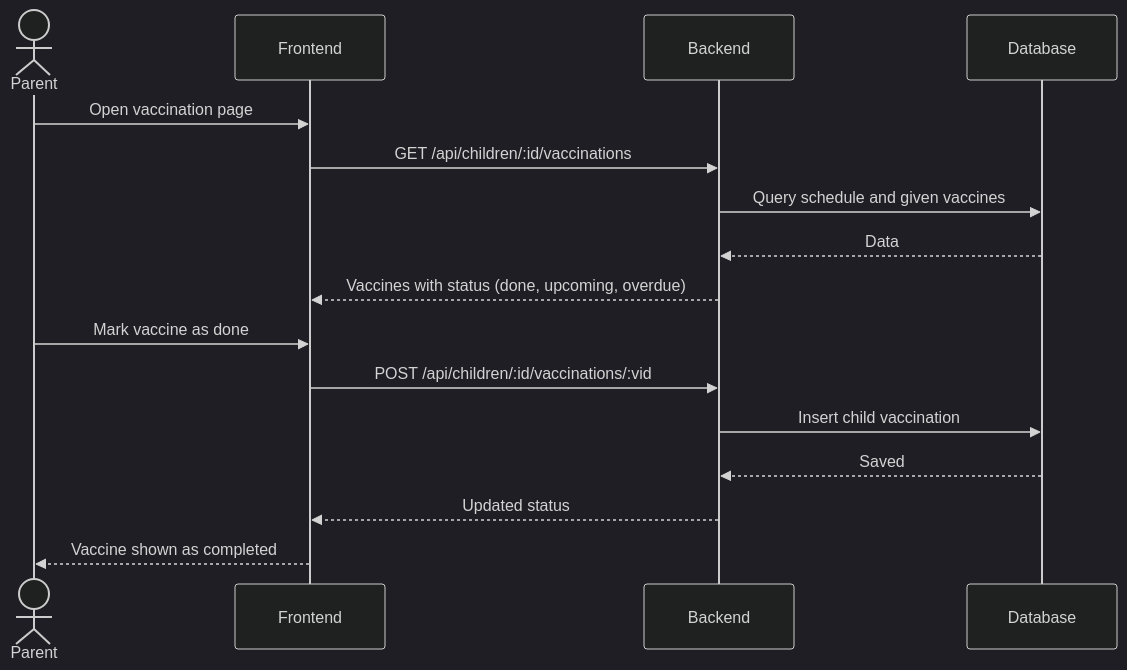
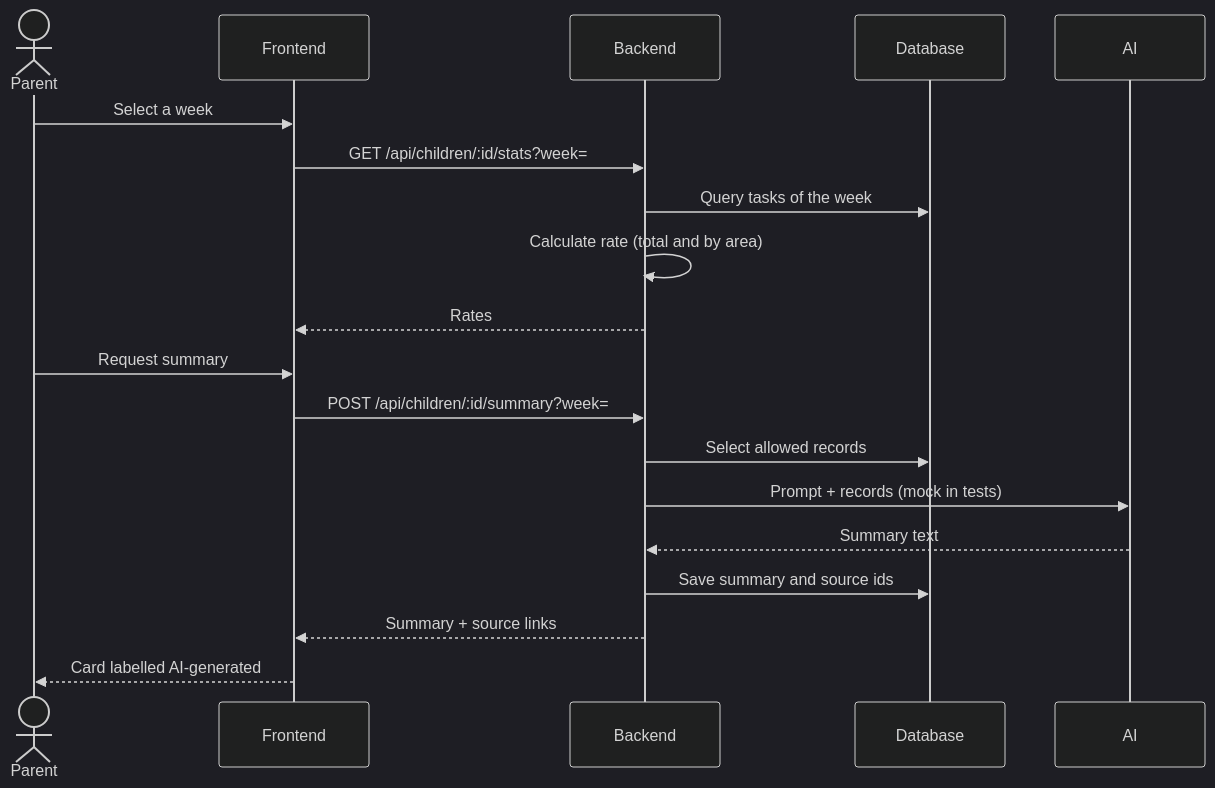
Before and after one commit to Alsoren/child-development-platform: the sixth of 6 diagrams in docs/SDD.md, drawn with Mermaid (dark theme). The commit also changed other lines of this file, not shown here.

````diff
--- a/docs/SDD.md
+++ b/docs/SDD.md
@@ -246,15 +294,17 @@
 ```mermaid
 sequenceDiagram
     actor Parent
-    Parent->>Frontend: Open vaccination page
-    Frontend->>Backend: GET /api/children/:id/vaccinations
-    Backend->>Database: Query schedule and given vaccines
-    Database-->>Backend: Data
-    Backend-->>Frontend: Vaccines with status (done, upcoming, overdue)
-    Parent->>Frontend: Mark vaccine as done
-    Frontend->>Backend: POST /api/children/:id/vaccinations/:vid
-    Backend->>Database: Insert child vaccination
-    Database-->>Backend: Saved
-    Backend-->>Frontend: Updated status
-    Frontend-->>Parent: Vaccine shown as completed
+    Parent->>Frontend: Select a week
+    Frontend->>Backend: GET /api/children/:id/stats?week=
+    Backend->>Database: Query tasks of the week
+    Backend->>Backend: Calculate rate (total and by area)
+    Backend-->>Frontend: Rates
+    Parent->>Frontend: Request summary
+    Frontend->>Backend: POST /api/children/:id/summary?week=
+    Backend->>Database: Select allowed records
+    Backend->>AI: Prompt + records (mock in tests)
+    AI-->>Backend: Summary text
+    Backend->>Database: Save summary and source ids
+    Backend-->>Frontend: Summary + source links
+    Frontend-->>Parent: Card labelled AI-generated
 ```
````
